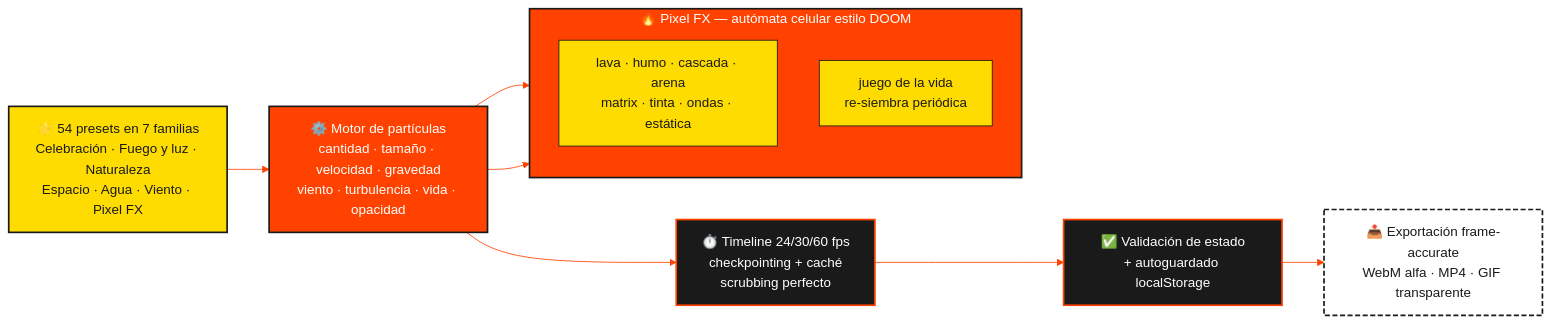
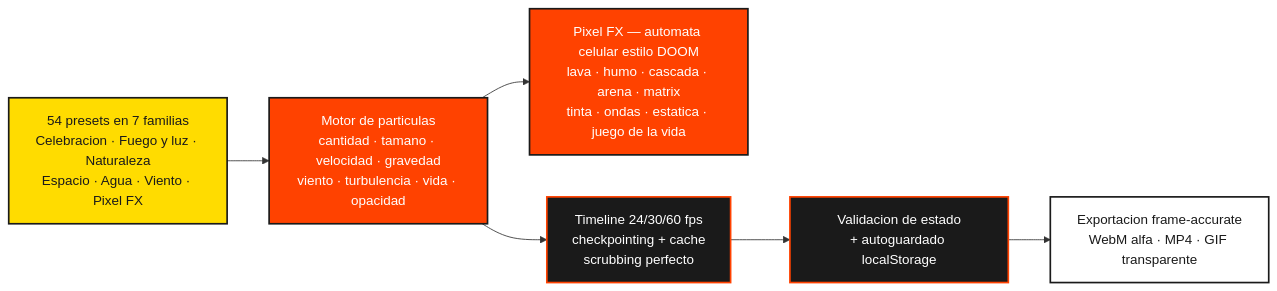
The diagram in README.md (freeanimationpower/FREE-PARTICLE-FX), drawn with Mermaid before and after one commit.

Commit message:
Fix mermaid syntax for GitHub renderer

````diff
--- a/README.md
+++ b/README.md
@@ -31,23 +31,16 @@
 ```mermaid
 flowchart LR
-%%{init: {'theme': 'base', 'themeVariables': {'primaryColor': '#ffdc00', 'primaryBorderColor': '#1a1a1a', 'primaryTextColor': '#1a1a1a', 'lineColor': '#ff4200', 'fontFamily': 'Segoe UI'}}}%%
     classDef ui fill:#ffdc00,stroke:#1a1a1a,color:#1a1a1a,stroke-width:2px;
     classDef engine fill:#ff4200,stroke:#1a1a1a,color:#ffffff,stroke-width:2px;
     classDef data fill:#1a1a1a,stroke:#ff4200,color:#ffffff,stroke-width:2px;
-    classDef ext fill:#ffffff,stroke:#1a1a1a,color:#1a1a1a,stroke-width:2px,stroke-dasharray:6 3;
-        PRE["🌟 54 presets en 7 familias<br/>Celebración · Fuego y luz · Naturaleza<br/>Espacio · Agua · Viento · Pixel FX"] --> ENG["⚙️ Motor de partículas<br/>cantidad · tamaño · velocidad · gravedad<br/>viento · turbulencia · vida · opacidad"]
-        subgraph AUTO["🔥 Pixel FX — autómata celular estilo DOOM"]
-            direction TB
-            CA["lava · humo · cascada · arena<br/>matrix · tinta · ondas · estática"]
-            LIFE["juego de la vida<br/>re-siembra periódica"]
-        end
-        ENG --> CA
-        ENG --> LIFE
-        ENG --> TIM["⏱️ Timeline 24/30/60 fps<br/>checkpointing + caché<br/>scrubbing perfecto"]
-        TIM --> VAL["✅ Validación de estado<br/>+ autoguardado localStorage"]
-        VAL --> EXP["📤 Exportación frame-accurate<br/>WebM alfa · MP4 · GIF transparente"]
+    classDef ext fill:#ffffff,stroke:#1a1a1a,color:#1a1a1a,stroke-width:2px;
+        PRE["54 presets en 7 familias<br/>Celebracion · Fuego y luz · Naturaleza<br/>Espacio · Agua · Viento · Pixel FX"] --> ENG["Motor de particulas<br/>cantidad · tamano · velocidad · gravedad<br/>viento · turbulencia · vida · opacidad"]
+        ENG --> CA["Pixel FX — automata celular estilo DOOM<br/>lava · humo · cascada · arena · matrix<br/>tinta · ondas · estatica · juego de la vida"]
+        ENG --> TIM["Timeline 24/30/60 fps<br/>checkpointing + cache<br/>scrubbing perfecto"]
+        TIM --> VAL["Validacion de estado<br/>+ autoguardado localStorage"]
+        VAL --> EXP["Exportacion frame-accurate<br/>WebM alfa · MP4 · GIF transparente"]
         class PRE ui
-        class ENG,AUTO engine
+        class ENG,CA engine
         class TIM,VAL data
         class EXP ext
 ```
````
